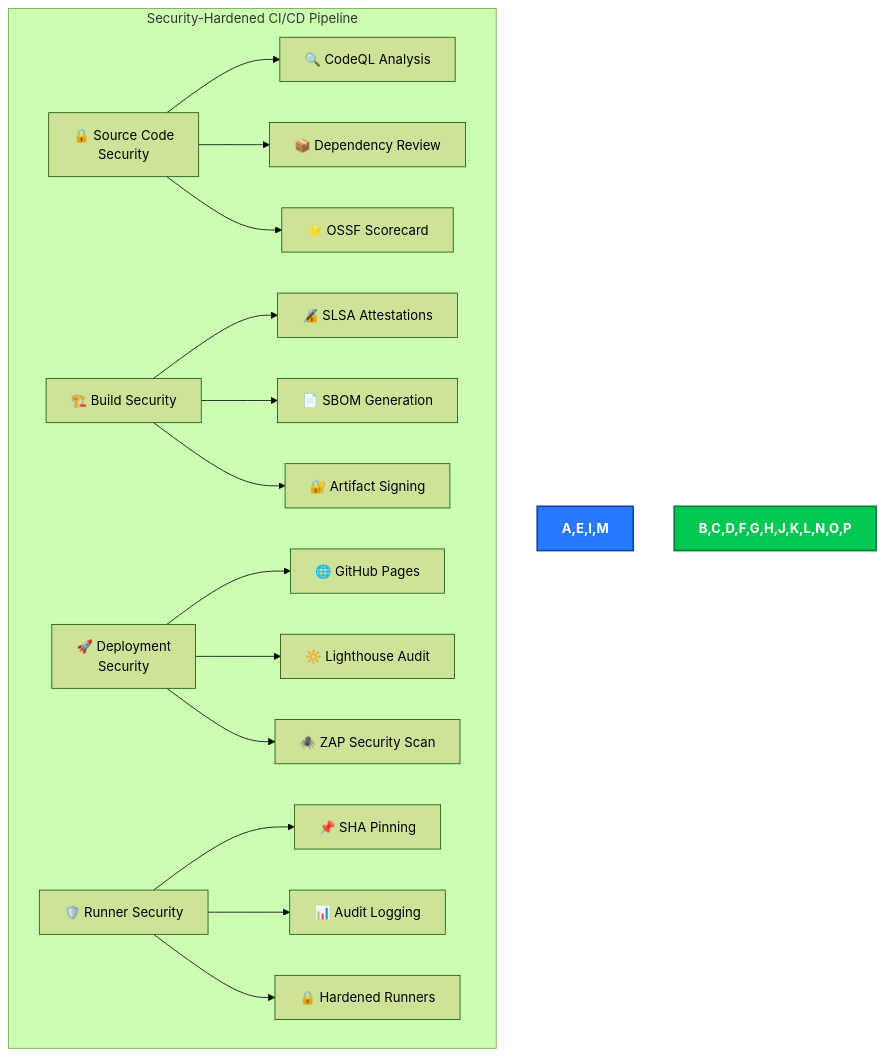
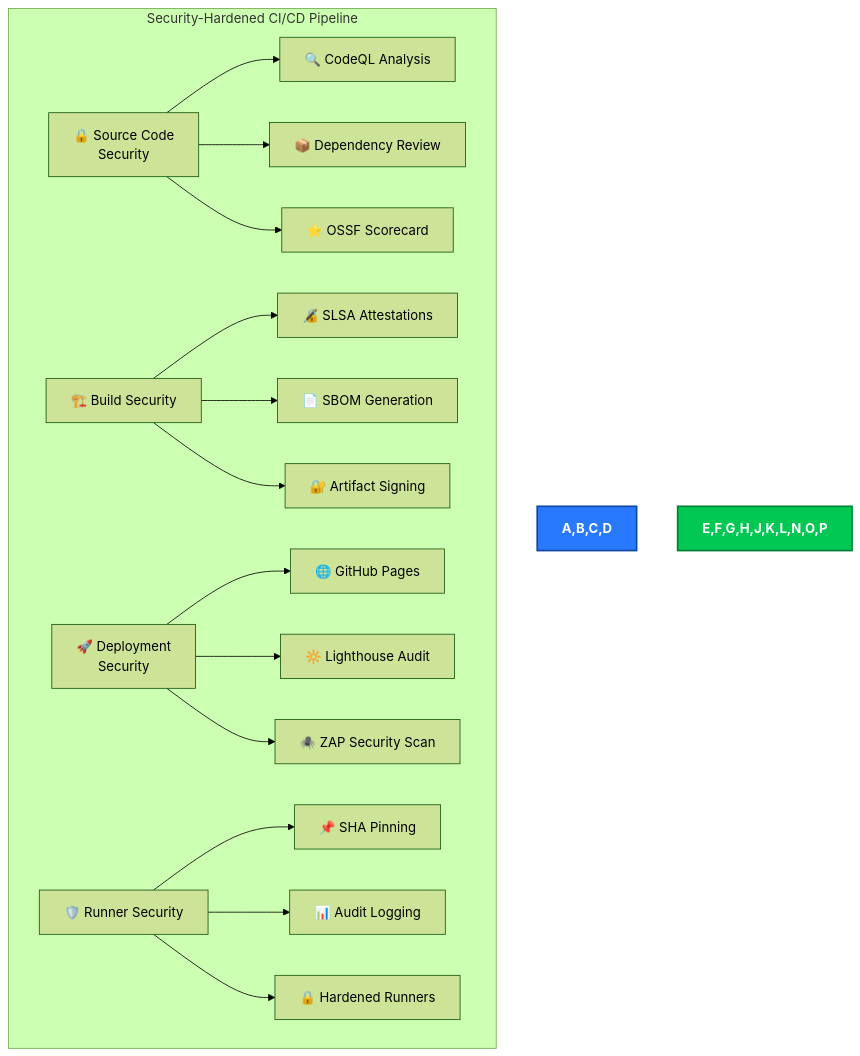
Before and after one commit to Hack23/blacktrigram: diagram 23 of 23 in SECURITY_ARCHITECTURE.md, drawn with Mermaid (forest theme). The commit also changed other lines of this file, not shown here.

````diff
--- a/SECURITY_ARCHITECTURE.md
+++ b/SECURITY_ARCHITECTURE.md
@@ -732,23 +811,23 @@
 ```mermaid
 flowchart TD
     subgraph "Security-Hardened CI/CD Pipeline"
         A[🔒 Source Code<br>Security] --> B[🔍 CodeQL Analysis]
         A --> C[📦 Dependency Review]
         A --> D[⭐ OSSF Scorecard]
 
         E[🏗️ Build Security] --> F[🔏 SLSA Attestations]
         E --> G[📄 SBOM Generation]
         E --> H[🔐 Artifact Signing]
 
         I[🚀 Deployment<br>Security] --> J[🌐 GitHub Pages]
         I --> K[🔆 Lighthouse Audit]
         I --> L[🕷️ ZAP Security Scan]
 
         M[🛡️ Runner Security] --> N[📌 SHA Pinning]
         M --> O[📊 Audit Logging]
         M --> P[🔒 Hardened Runners]
     end
 
-    style A,E,I,M fill:#2979FF,stroke:#0D47A1,stroke-width:2px,color:white,font-weight:bold
-    style B,C,D,F,G,H,J,K,L,N,O,P fill:#00C853,stroke:#007E33,stroke-width:2px,color:white,font-weight:bold
+    style A,B,C,D fill:#2979FF,stroke:#0D47A1,stroke-width:2px,color:white,font-weight:bold
+    style E,F,G,H,J,K,L,N,O,P fill:#00C853,stroke:#007E33,stroke-width:2px,color:white,font-weight:bold
 ```
````
